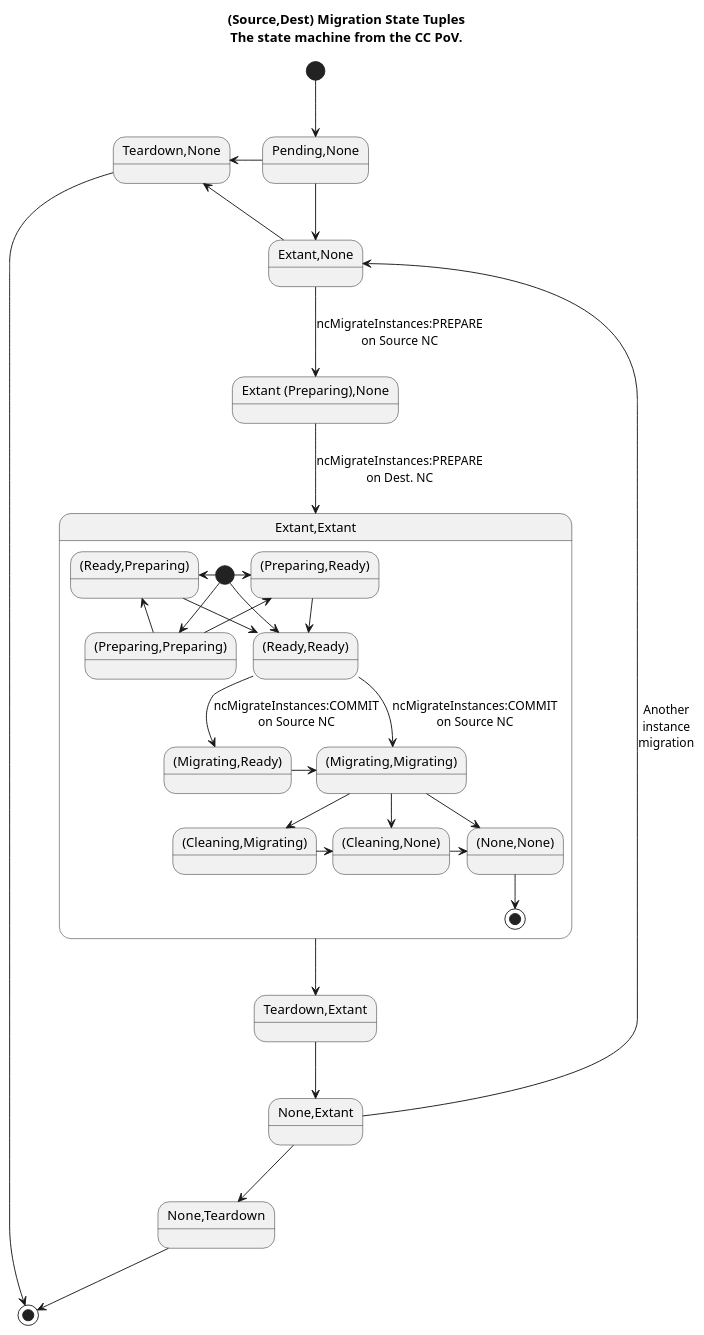
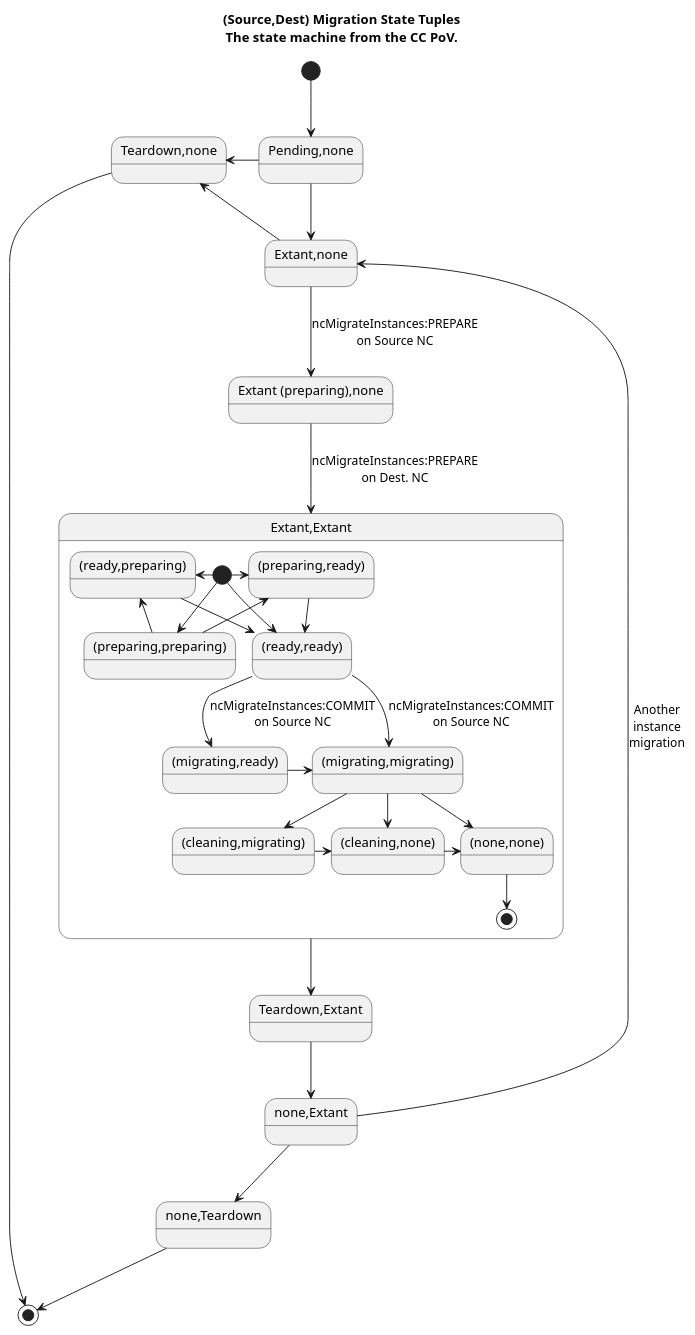
The diagram in features/maintenance-mode/3.3/migration-cc-instance-state-machines.puml (eucalyptus/architecture), drawn with PlantUML before and after one commit. The commit also changed 2 other files, not shown here.

```diff
--- a/features/maintenance-mode/3.3/migration-cc-instance-state-machines.puml
+++ b/features/maintenance-mode/3.3/migration-cc-instance-state-machines.puml
@@ -1,52 +1,52 @@
 @startuml
   title (Source,Dest) Migration State Tuples\nThe state machine from the CC PoV.
-  state "Pending,None" as pendingNone
-  state "Extant,None" as extantNone
-  state "Teardown,None" as teardownNone
+  state "Pending,none" as pendingnone
+  state "Extant,none" as extantnone
+  state "Teardown,none" as teardownnone
   state "Teardown,Extant" as teardownExtant
-  state "None,Extant" as noneExtant
-  state "None,Teardown" as noneTeardown
-  state "Extant (Preparing),None" as preparingNone
+  state "none,Extant" as noneExtant
+  state "none,Teardown" as noneTeardown
+  state "Extant (preparing),none" as preparingnone
   state "Extant,Extant" as extantExtant {
-    state "(Preparing,Preparing)" as preparingPreparing
-    state "(Ready,Ready)" as readyReady
-    state "(Preparing,Ready)" as preparingReady
-'    state "(Preparing,Failed)" as preparingFailed
-    state "(Ready,Preparing)" as readyPreparing
-'    state "(Ready,Failed)" as readyFailed
-    state "(Migrating,Ready)" as migratingReady
-    state "(Migrating,Migrating)" as migratingMigrating
-    state "(Cleaning,Migrating)" as cleaningMigrating
-    state "(Cleaning,None)" as cleaningNone
-    state "(None,None)" as noneNone
-    [*] -down-> preparingPreparing
-    [*] -down-> readyReady
-    [*] -right-> preparingReady
-    [*] -left-> readyPreparing
-    preparingPreparing -up-> preparingReady
-    preparingPreparing -up-> readyPreparing
-    preparingReady -down-> readyReady
-    readyPreparing -down-> readyReady
-    readyReady -down-> migratingReady : ncMigrateInstances:COMMIT\non Source NC
-    readyReady -down-> migratingMigrating : ncMigrateInstances:COMMIT\non Source NC
-    migratingReady -right-> migratingMigrating
-    migratingMigrating -down-> cleaningMigrating
-    migratingMigrating -down-> noneNone
-    migratingMigrating -down-> cleaningNone
-    cleaningNone -right-> noneNone
-    cleaningMigrating -right-> cleaningNone
-    noneNone -down-> [*]
+    state "(preparing,preparing)" as preparingpreparing
+    state "(ready,ready)" as readyready
+    state "(preparing,ready)" as preparingready
+'    state "(preparing,failed)" as preparingfailed
+    state "(ready,preparing)" as readypreparing
+'    state "(ready,failed)" as readyfailed
+    state "(migrating,ready)" as migratingready
+    state "(migrating,migrating)" as migratingmigrating
+    state "(cleaning,migrating)" as cleaningmigrating
+    state "(cleaning,none)" as cleaningnone
+    state "(none,none)" as nonenone
+    [*] -down-> preparingpreparing
+    [*] -down-> readyready
+    [*] -right-> preparingready
+    [*] -left-> readypreparing
+    preparingpreparing -up-> preparingready
+    preparingpreparing -up-> readypreparing
+    preparingready -down-> readyready
+    readypreparing -down-> readyready
+    readyready -down-> migratingready : ncMigrateInstances:COMMIT\non Source NC
+    readyready -down-> migratingmigrating : ncMigrateInstances:COMMIT\non Source NC
+    migratingready -right-> migratingmigrating
+    migratingmigrating -down-> cleaningmigrating
+    migratingmigrating -down-> nonenone
+    migratingmigrating -down-> cleaningnone
+    cleaningnone -right-> nonenone
+    cleaningmigrating -right-> cleaningnone
+    nonenone -down-> [*]
   }
-  [*] -down-> pendingNone
-  pendingNone -down-> extantNone
-  pendingNone -left-> teardownNone
-  extantNone -left-> teardownNone
-  extantNone -down-> preparingNone : ncMigrateInstances:PREPARE\non Source NC
-  preparingNone -down-> extantExtant : ncMigrateInstances:PREPARE\non Dest. NC
+  [*] -down-> pendingnone
+  pendingnone -down-> extantnone
+  pendingnone -left-> teardownnone
+  extantnone -left-> teardownnone
+  extantnone -down-> preparingnone : ncMigrateInstances:PREPARE\non Source NC
+  preparingnone -down-> extantExtant : ncMigrateInstances:PREPARE\non Dest. NC
   extantExtant -down-> teardownExtant
   teardownExtant -down-> noneExtant
   noneExtant -down-> noneTeardown
-  noneExtant -up-> extantNone : Another\ninstance\nmigration
+  noneExtant -up-> extantnone : Another\ninstance\nmigration
   noneTeardown -down-> [*]
-  teardownNone -down-> [*]
+  teardownnone -down-> [*]
 @enduml
```
